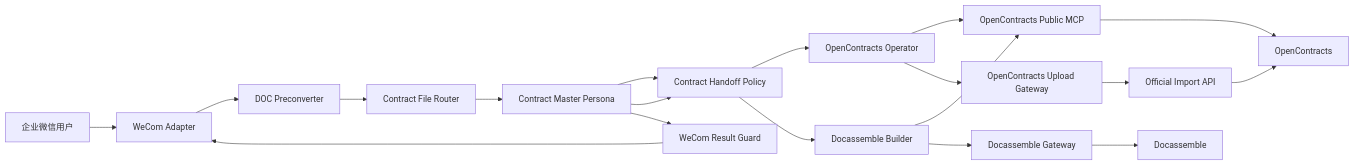
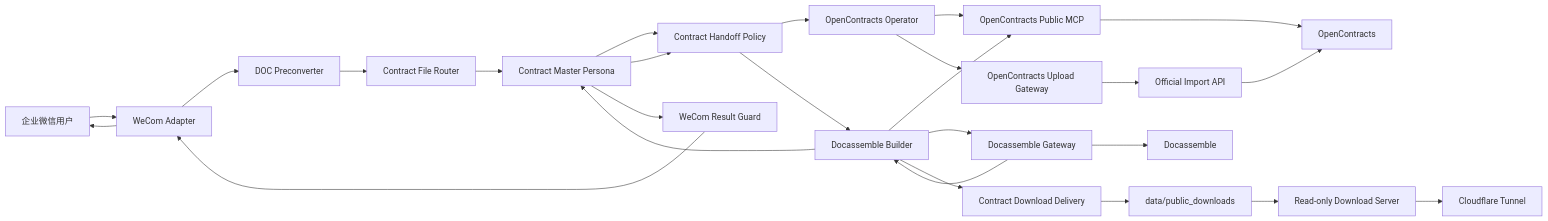
The diagram in README.md (Ri0n72Y/ContractBotConfig), drawn with Mermaid before and after one commit. The commit also changed other lines of this file and 16 other files, not shown here.

Commit message:
Add temporary contract download delivery

````diff
--- a/README.md
+++ b/README.md
@@ -17,27 +18,33 @@
 ```mermaid
 flowchart LR
     User[企业微信用户]
     WeCom[WeCom Adapter]
     Convert[DOC Preconverter]
     Router[Contract File Router]
     Master[Contract Master Persona]
     Handoff[Contract Handoff Policy]
     Operator[OpenContracts Operator]
     MCP[OpenContracts Public MCP]
     UploadGateway[OpenContracts Upload Gateway]
     API[Official Import API]
     OC[OpenContracts]
     Builder[Docassemble Builder]
     DAGateway[Docassemble Gateway]
     DA[Docassemble]
+    Delivery[Contract Download Delivery]
+    PublicDir[data/public_downloads]
+    Download[Read-only Download Server]
+    CF[Cloudflare Tunnel]
     Guard[WeCom Result Guard]
 
     User --> WeCom --> Convert --> Router --> Master
     Master --> Handoff --> Operator
     Operator --> MCP --> OC
     Operator --> UploadGateway --> API --> OC
     Master --> Handoff --> Builder
     Builder --> MCP
     Builder --> DAGateway --> DA
-    Master --> Guard --> WeCom
+    DAGateway --> Builder
+    Builder --> Delivery --> PublicDir --> Download --> CF
+    Builder --> Master --> Guard --> WeCom --> User
 ```
````
